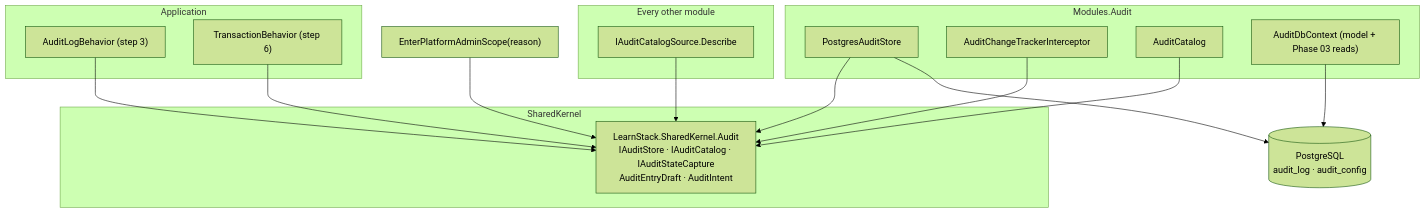
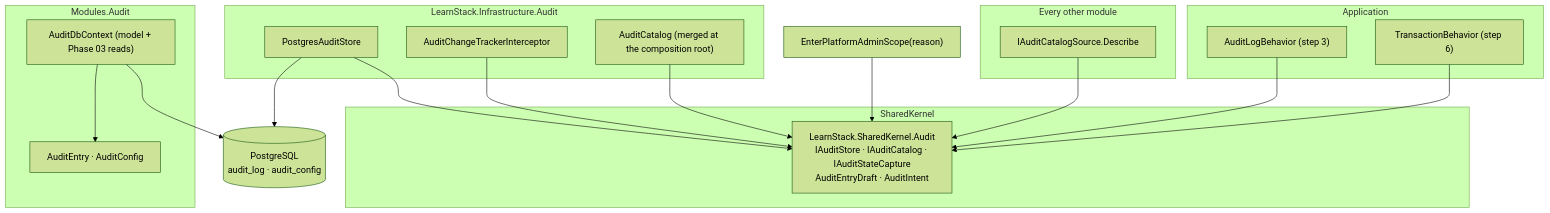
One commit to HodeTech/LearnStack changed the fourth of 4 diagrams in docs/modules/audit/README.md. Above: the diagram before and after it, drawn with Mermaid (forest theme). The commit also changed other lines of this file and 5 other files, not shown here.

````diff
--- a/docs/modules/audit/README.md
+++ b/docs/modules/audit/README.md
@@ -230,35 +240,40 @@
 ```mermaid
 graph TD
     subgraph SharedKernel
         PORTS["LearnStack.SharedKernel.Audit<br/>IAuditStore · IAuditCatalog · IAuditStateCapture<br/>AuditEntryDraft · AuditIntent"]
     end
 
     subgraph Application
         BEH["AuditLogBehavior (step 3)"]
         TX["TransactionBehavior (step 6)"]
     end
 
-    subgraph AuditModule["Modules.Audit"]
+    subgraph InfraAudit["LearnStack.Infrastructure.Audit"]
         STORE["PostgresAuditStore"]
         CAP["AuditChangeTrackerInterceptor"]
-        CAT["AuditCatalog"]
+        CAT["AuditCatalog (merged at the composition root)"]
+    end
+
+    subgraph AuditModule["Modules.Audit"]
+        AGG["AuditEntry · AuditConfig"]
         CTX["AuditDbContext (model + Phase 03 reads)"]
     end
 
     subgraph OtherModules["Every other module"]
         SRC["IAuditCatalogSource.Describe"]
     end
 
     DB[("PostgreSQL<br/>audit_log · audit_config")]
     SCOPE["EnterPlatformAdminScope(reason)"]
 
     BEH --> PORTS
     TX --> PORTS
     SRC --> PORTS
     STORE --> PORTS
     CAP --> PORTS
     CAT --> PORTS
     STORE --> DB
     CTX --> DB
+    CTX --> AGG
     SCOPE --> PORTS
 ```
````
